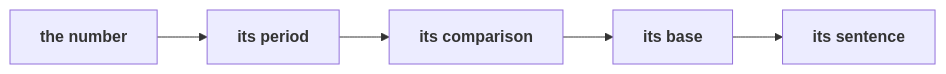
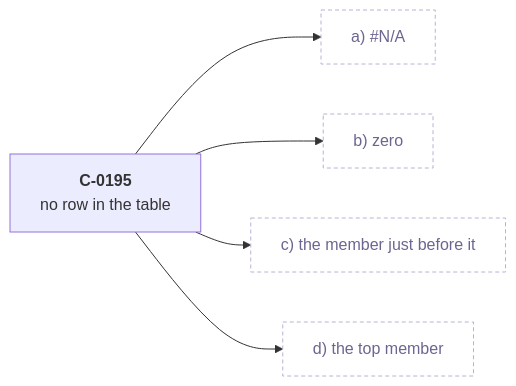
One commit to fde-academy-lab/c2-content-factory changed diagram 18 of 26 in content/W02/D5/slides/C2_W02_D05_half1_STUDENT.md. Above: the diagram before and after it, drawn with Mermaid. The commit also changed other lines of this file and 5 other files, not shown here.

````diff
--- a/content/W02/D5/slides/C2_W02_D05_half1_STUDENT.md
+++ b/content/W02/D5/slides/C2_W02_D05_half1_STUDENT.md
@@ -603,5 +977,9 @@
 ```mermaid
 flowchart LR
-    N["<b>the number</b>"] --> P["<b>its period</b>"] --> C["<b>its comparison</b>"] --> B["<b>its base</b>"] --> S["<b>its sentence</b>"]
-    classDef known fill:#EEEAFB,stroke:#5B3FD6,color:#1A0F5C
+    I["<b>C-0195</b><br/>no row in the table"] --> A["a) #N/A"]
+    I --> B["b) zero"]
+    I --> C["c) the member just before it"]
+    I --> D["d) the top member"]
+    classDef unknown fill:#FFFFFF,stroke:#B8B2D6,color:#6B6690,stroke-dasharray:4 3
+    class A,B,C,D unknown
 ```
````
